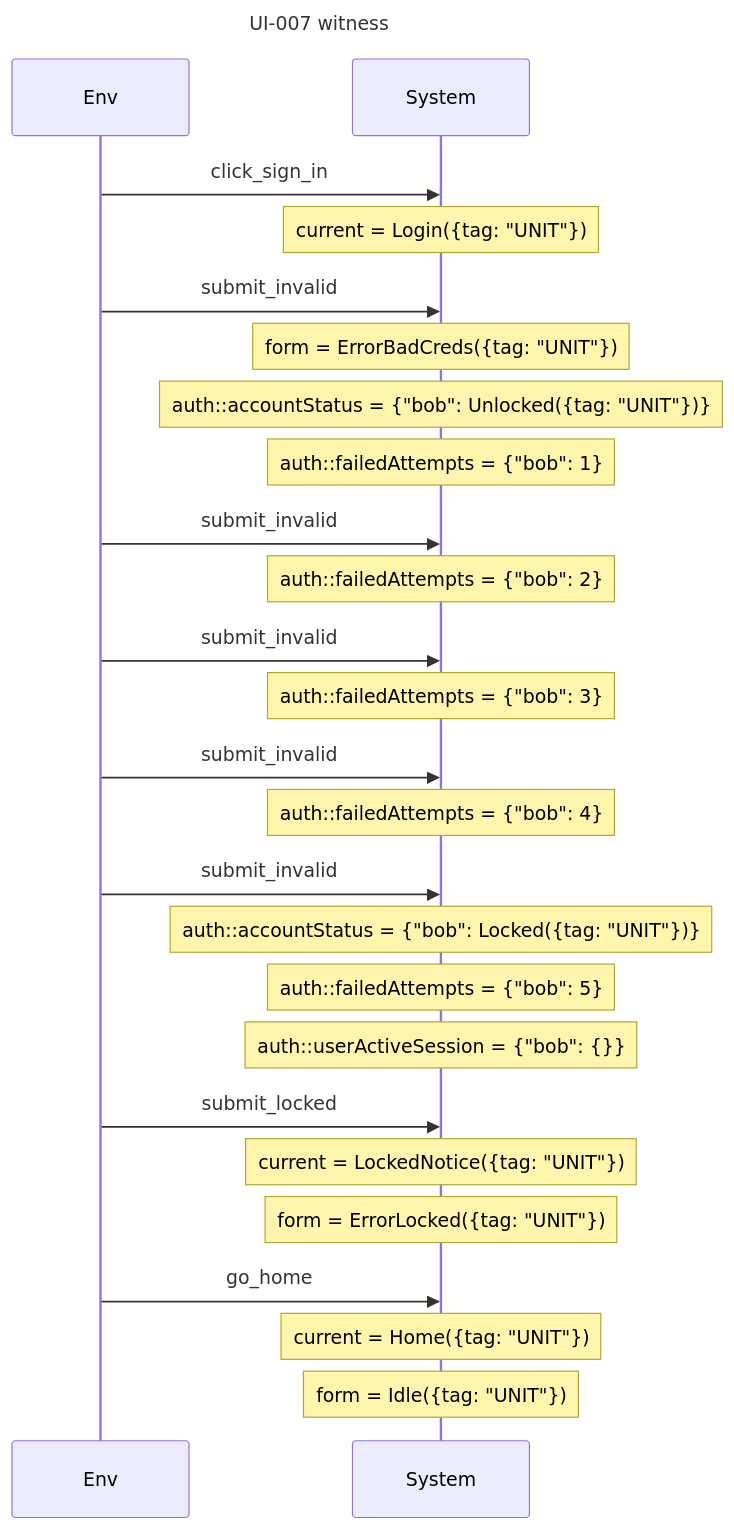
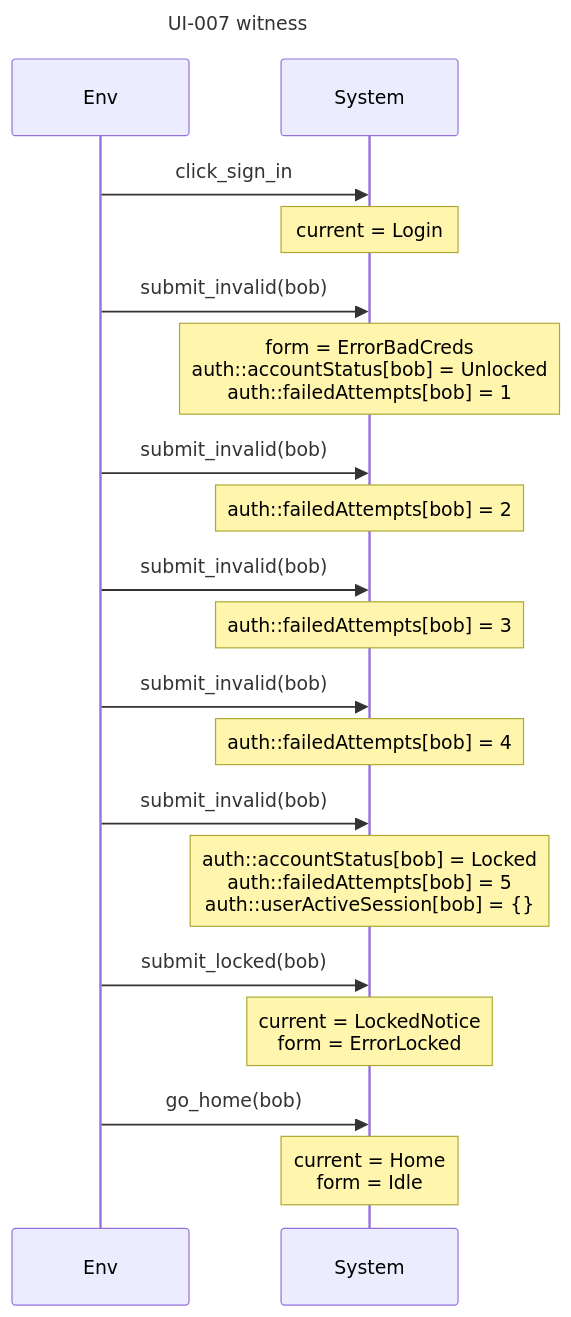
Before and after one commit to AlesKracik/quintessence: the ninth of 9 diagrams in examples/specs/auth-ui.readback.md, drawn with Mermaid. The commit also changed other lines of this file and 17 other files, not shown here.

````diff
--- a/examples/specs/auth-ui.readback.md
+++ b/examples/specs/auth-ui.readback.md
@@ -651,28 +641,22 @@
 ```mermaid
 sequenceDiagram
     title UI-007 witness
     participant E as Env
     participant S as System
     E->>S: click_sign_in
-    Note over S: current = Login({tag: "UNIT"})
-    E->>S: submit_invalid
-    Note over S: form = ErrorBadCreds({tag: "UNIT"})
-    Note over S: auth::accountStatus = {"bob": Unlocked({tag: "UNIT"})}
-    Note over S: auth::failedAttempts = {"bob": 1}
-    E->>S: submit_invalid
-    Note over S: auth::failedAttempts = {"bob": 2}
-    E->>S: submit_invalid
-    Note over S: auth::failedAttempts = {"bob": 3}
-    E->>S: submit_invalid
-    Note over S: auth::failedAttempts = {"bob": 4}
-    E->>S: submit_invalid
-    Note over S: auth::accountStatus = {"bob": Locked({tag: "UNIT"})}
-    Note over S: auth::failedAttempts = {"bob": 5}
-    Note over S: auth::userActiveSession = {"bob": {}}
-    E->>S: submit_locked
-    Note over S: current = LockedNotice({tag: "UNIT"})
-    Note over S: form = ErrorLocked({tag: "UNIT"})
-    E->>S: go_home
-    Note over S: current = Home({tag: "UNIT"})
-    Note over S: form = Idle({tag: "UNIT"})
+    Note over S: current = Login
+    E->>S: submit_invalid(bob)
+    Note over S: form = ErrorBadCreds<br/>auth::accountStatus[bob] = Unlocked<br/>auth::failedAttempts[bob] = 1
+    E->>S: submit_invalid(bob)
+    Note over S: auth::failedAttempts[bob] = 2
+    E->>S: submit_invalid(bob)
+    Note over S: auth::failedAttempts[bob] = 3
+    E->>S: submit_invalid(bob)
+    Note over S: auth::failedAttempts[bob] = 4
+    E->>S: submit_invalid(bob)
+    Note over S: auth::accountStatus[bob] = Locked<br/>auth::failedAttempts[bob] = 5<br/>auth::userActiveSession[bob] = {}
+    E->>S: submit_locked(bob)
+    Note over S: current = LockedNotice<br/>form = ErrorLocked
+    E->>S: go_home(bob)
+    Note over S: current = Home<br/>form = Idle
 ```
````
